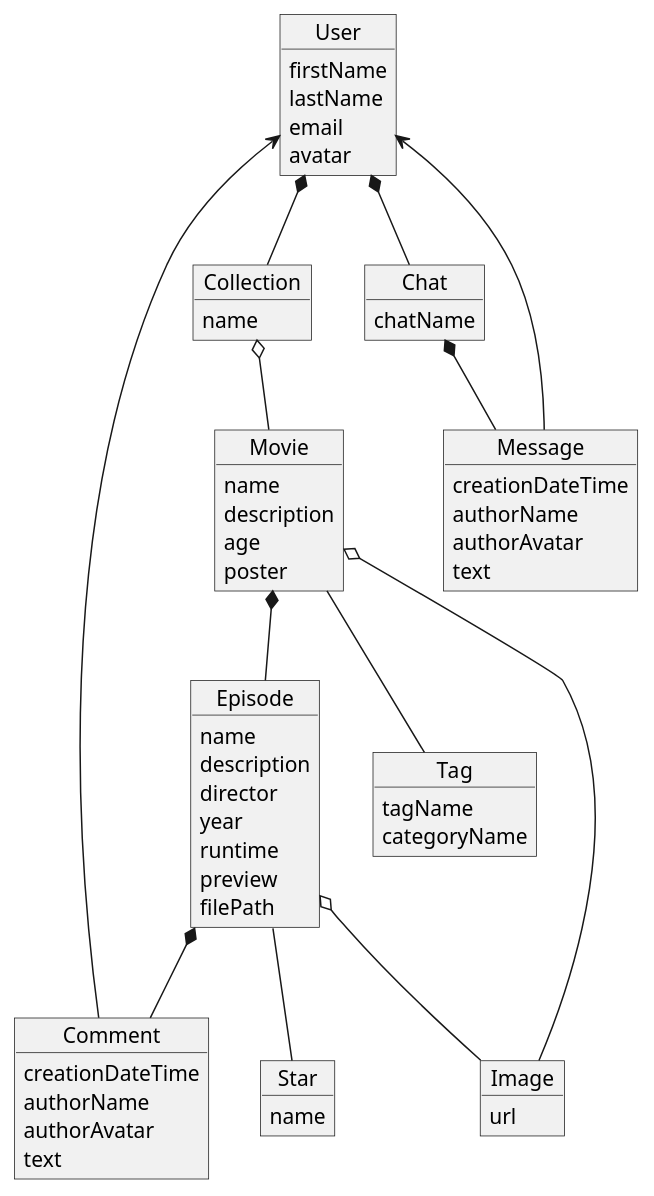
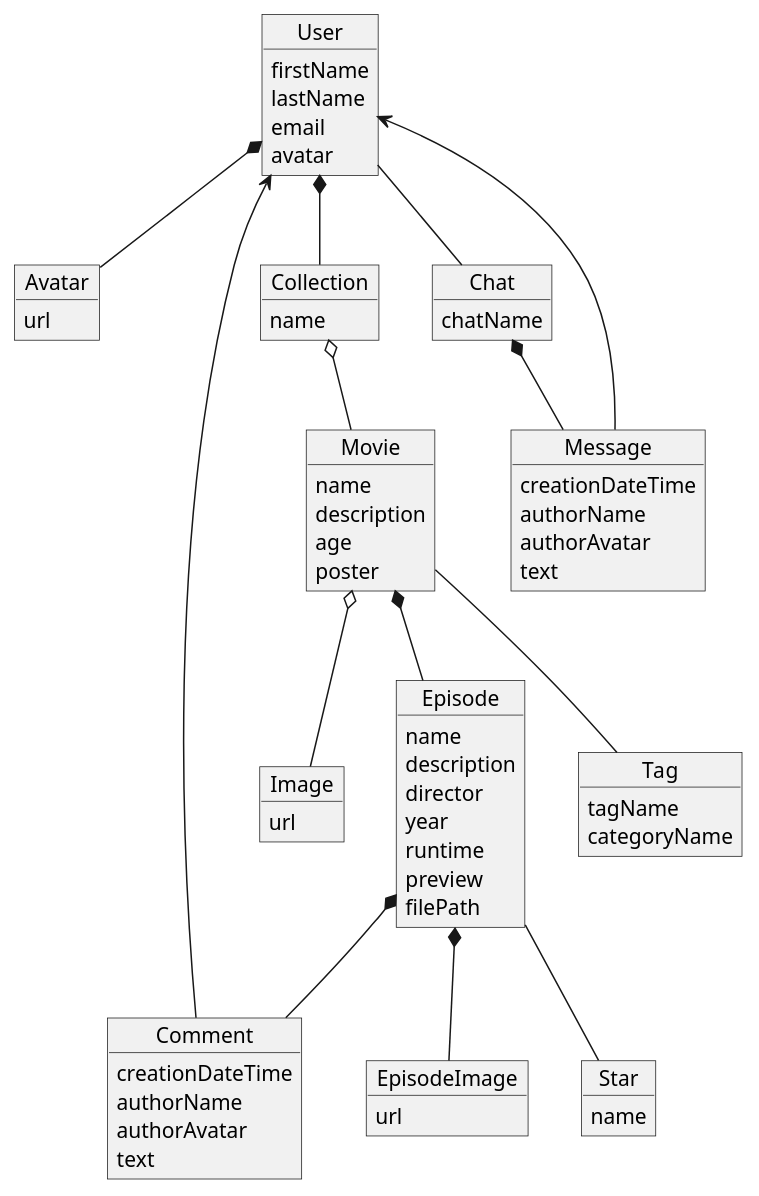
Before and after one commit to alexBlack01/cinema-backend: the diagram in uml/Database Schema.puml, drawn with PlantUML. The commit also changed 265 other files, not shown here.

```diff
--- a/uml/Database Schema.puml
+++ b/uml/Database Schema.puml
@@ -1,76 +1,85 @@
 @startuml
 'https://plantuml.com/object-diagram
 
 object User {
     firstName
     lastName
     email
     avatar
 }
 
 object Movie {
     name
     description
     age
     poster
 }
 
 object Image {
+    url
+}
+
+object EpisodeImage {
+    url
+}
+
+object Avatar {
     url
 }
 
 object Episode {
     name
     description
     director
     year
     runtime
     preview
     filePath
 }
 
 object Comment {
     creationDateTime
     authorName
     authorAvatar
     text
 }
 
 object Tag {
     tagName
     categoryName
 }
 
 object Collection {
     name
 }
 
 object Chat {
     chatName
 }
 
 object Message {
     creationDateTime
     authorName
     authorAvatar
     text
 }
 
 object Star {
     name
 }
 
 User *-- Collection
-User *-- Chat
+User -- Chat
 Chat *-- Message
 Movie *-- Episode
 Movie o-- Image
 Movie -- Tag
 Episode *-- Comment
 Collection o-- Movie
 Episode -- Star
-Episode o-- Image
+Episode *-- EpisodeImage
 User <-- Comment
 User <-- Message
+User *-- Avatar
 
 @enduml
```
